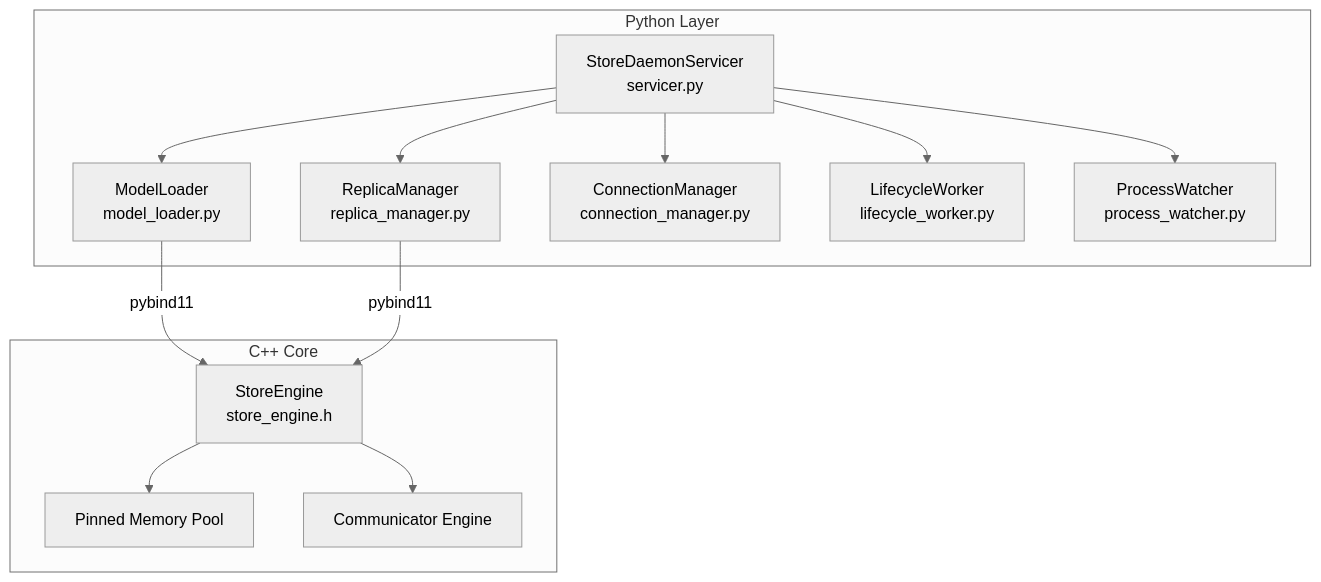
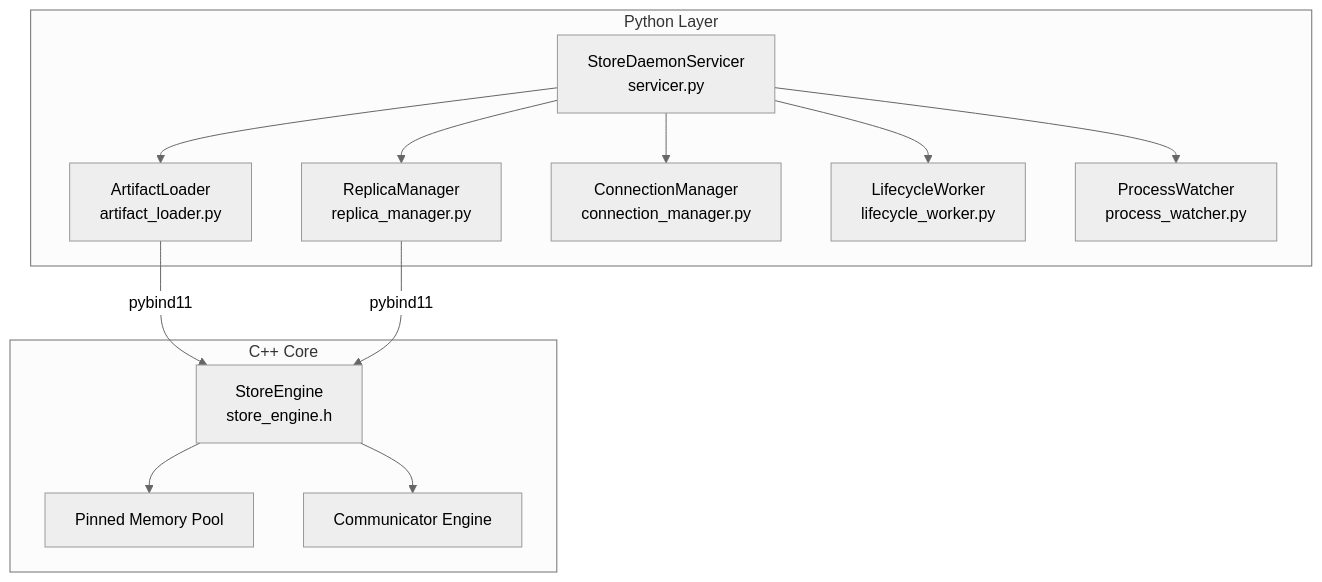
The first of 4 diagrams in web-docs/docs/developer-guides/architecture/store-daemon.md (tensorcast-ai/tensorcast), drawn with Mermaid (neutral theme) before and after one commit. The commit also changed other lines of this file and 331 other files, not shown here.

Commit message:
refactor: refactor model to artifact & replica

````diff
--- a/web-docs/docs/developer-guides/architecture/store-daemon.md
+++ b/web-docs/docs/developer-guides/architecture/store-daemon.md
@@ -15,20 +15,20 @@
 ```mermaid
 graph TD
     subgraph "Python Layer"
         Servicer[StoreDaemonServicer<br/>servicer.py]
-        Servicer --> ModelLoader[ModelLoader<br/>model_loader.py]
+        Servicer --> ArtifactLoader[ArtifactLoader<br/>artifact_loader.py]
         Servicer --> ReplicaManager[ReplicaManager<br/>replica_manager.py]
         Servicer --> ConnectionManager[ConnectionManager<br/>connection_manager.py]
         Servicer --> LifecycleWorker[LifecycleWorker<br/>lifecycle_worker.py]
         Servicer --> ProcessWatcher[ProcessWatcher<br/>process_watcher.py]
     end
 
     subgraph "C++ Core"
         CppCore[StoreEngine<br/>store_engine.h]
         CppCore --> PinnedMemPool[Pinned Memory Pool]
         CppCore --> CommEngine[Communicator Engine]
     end
 
-    ModelLoader -->|pybind11| CppCore
+    ArtifactLoader -->|pybind11| CppCore
     ReplicaManager -->|pybind11| CppCore
 ```
````
